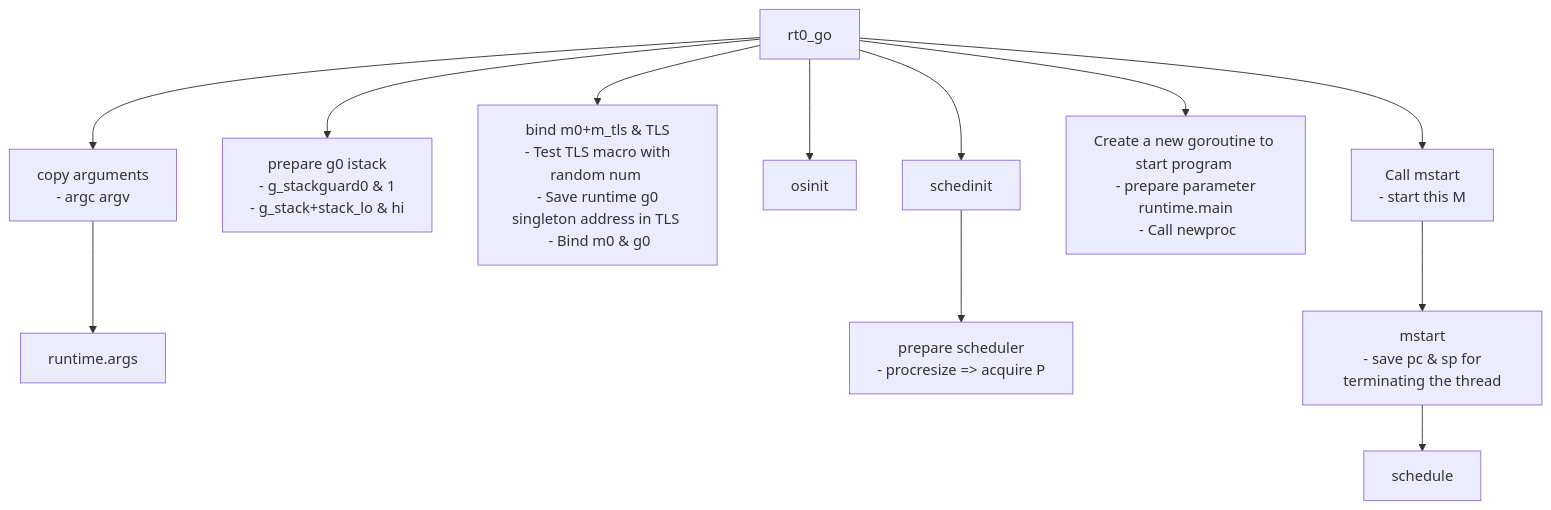
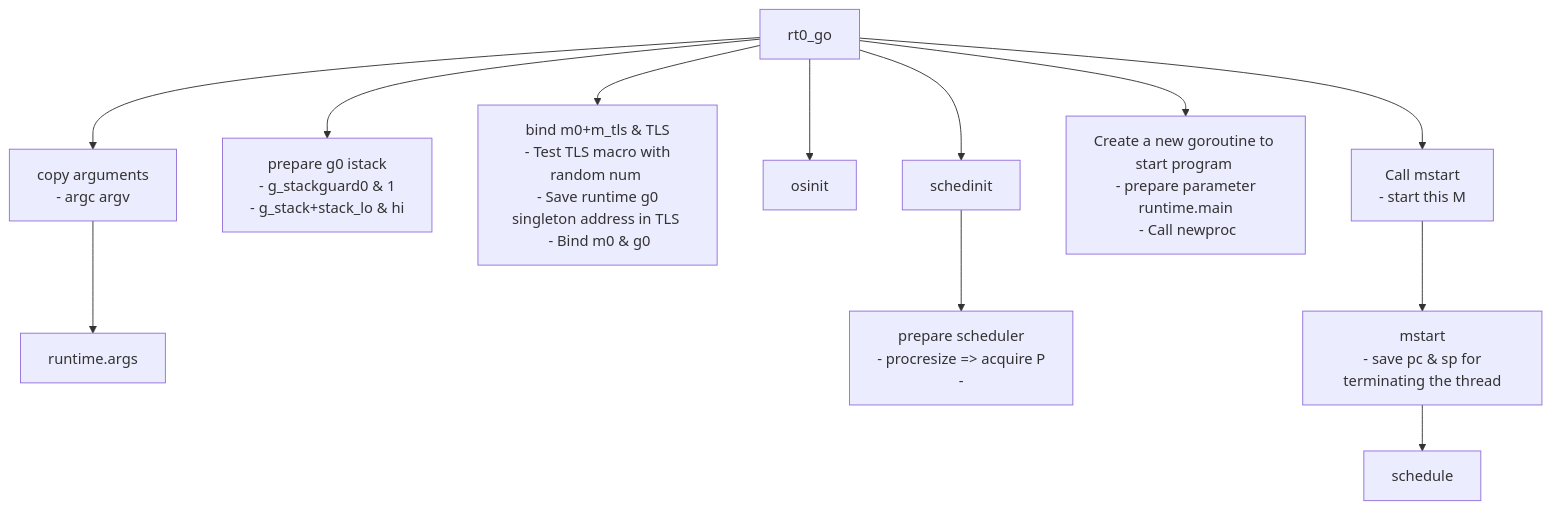
One commit to stevenchiu7311/GO-source-study changed the first of 7 diagrams in GO_Runtime.md. Above: the diagram before and after it, drawn with Mermaid. The commit also changed other lines of this file, not shown here.

````diff
--- a/GO_Runtime.md
+++ b/GO_Runtime.md
@@ -8,14 +9,14 @@
 ```mermaid
 graph TD
 rt0_go[rt0_go] --> copy_arg[copy arguments<br> - argc argv]
 rt0_go --> stack[prepare g0 istack<br> - g_stackguard0 & 1<br> - g_stack+stack_lo & hi]
 rt0_go --> TLS[bind m0+m_tls & TLS<br> - Test TLS macro with random num <br> - Save runtime g0 singleton address in TLS <br> - Bind m0 & g0]
 copy_arg --> init_args[runtime.args]
 rt0_go --> osinit[osinit]
 rt0_go --> schedinit[schedinit]
-schedinit --> procresize[prepare scheduler <br> - procresize => acquire P ]
+schedinit --> procresize[prepare scheduler <br> - procresize => acquire P <br> - ]
 rt0_go --> start_program[Create a new goroutine to start program <br> - prepare parameter runtime.main<br> - Call newproc]
 rt0_go --> start_m0[Call mstart <br> - start this M]
 start_m0 --> mstart
 mstart[mstart<br> - save pc & sp for terminating the thread] --> schedule
 ```
````
